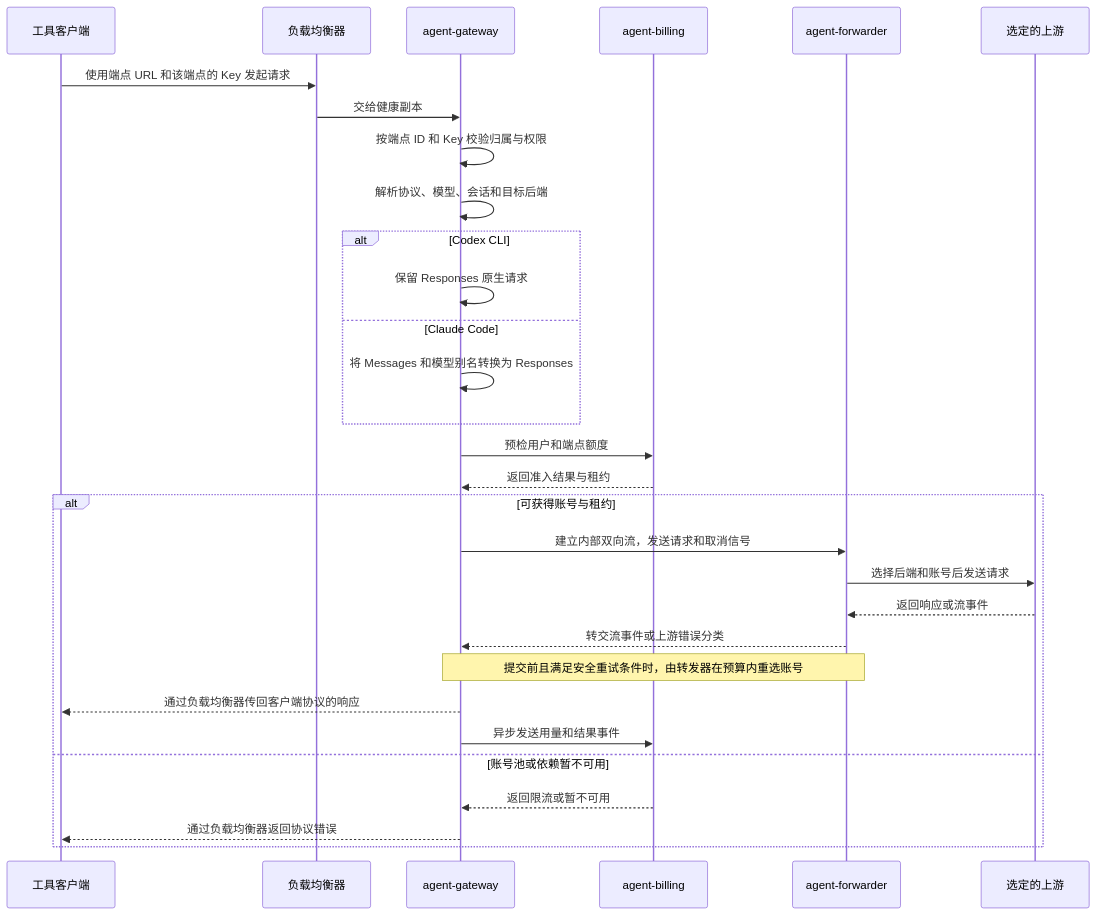
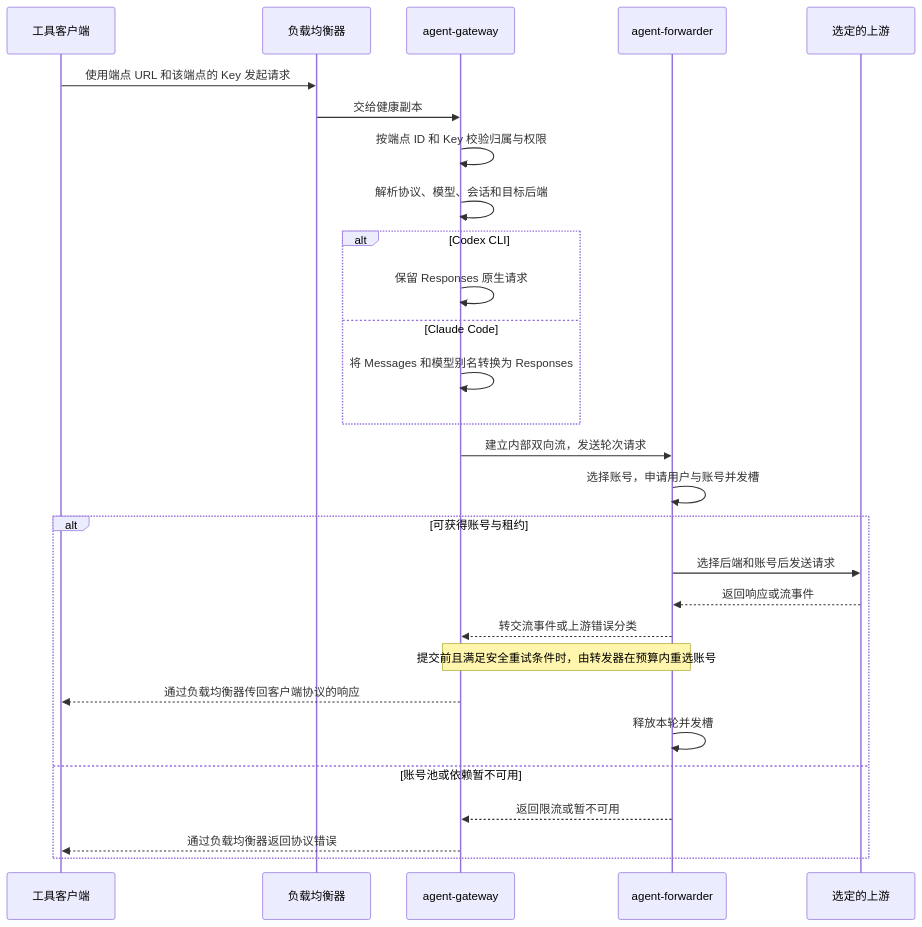
The fourth of 4 diagrams in docs/architecture.md (tsxuehu/agent-proxy), drawn with Mermaid before and after one commit. The commit also changed other lines of this file and 46 other files, not shown here.

````diff
--- a/docs/architecture.md
+++ b/docs/architecture.md
@@ -193,33 +181,31 @@
 ```mermaid
 sequenceDiagram
     participant Client as 工具客户端
     participant LB as 负载均衡器
     participant Gateway as agent-gateway
-    participant Billing as agent-billing
     participant Forwarder as agent-forwarder
     participant Upstream as 选定的上游
 
     Client->>LB: 使用端点 URL 和该端点的 Key 发起请求
     LB->>Gateway: 交给健康副本
     Gateway->>Gateway: 按端点 ID 和 Key 校验归属与权限
     Gateway->>Gateway: 解析协议、模型、会话和目标后端
     alt Codex CLI
         Gateway->>Gateway: 保留 Responses 原生请求
     else Claude Code
         Gateway->>Gateway: 将 Messages 和模型别名转换为 Responses
     end
-    Gateway->>Billing: 预检用户和端点额度
-    Billing-->>Gateway: 返回准入结果与租约
+    Gateway->>Forwarder: 建立内部双向流，发送轮次请求
+    Forwarder->>Forwarder: 选择账号，申请用户与账号并发槽
     alt 可获得账号与租约
-        Gateway->>Forwarder: 建立内部双向流，发送请求和取消信号
         Forwarder->>Upstream: 选择后端和账号后发送请求
         Upstream-->>Forwarder: 返回响应或流事件
         Forwarder-->>Gateway: 转交流事件或上游错误分类
         Note over Gateway,Forwarder: 提交前且满足安全重试条件时，由转发器在预算内重选账号
         Gateway-->>Client: 通过负载均衡器传回客户端协议的响应
-        Gateway->>Billing: 异步发送用量和结果事件
+        Forwarder->>Forwarder: 释放本轮并发槽
     else 账号池或依赖暂不可用
-        Billing-->>Gateway: 返回限流或暂不可用
+        Forwarder-->>Gateway: 返回限流或暂不可用
         Gateway-->>Client: 通过负载均衡器返回协议错误
     end
 ```
````
